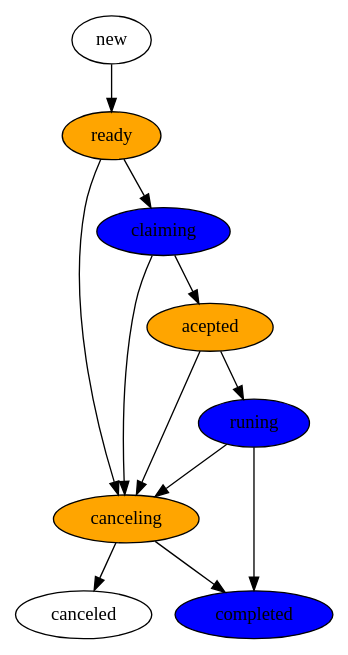
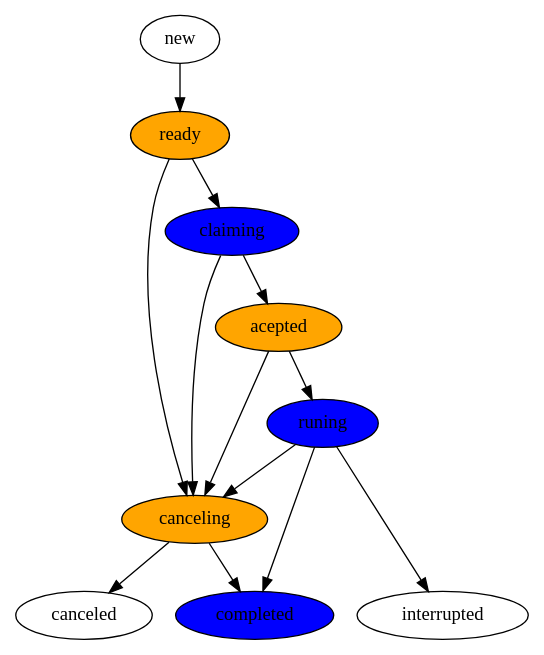
The diagram in imageinput/lebenszyklus-arbeitspaket.dot (RonnyPfannschmidt-Attic/thesis-writing), drawn with Graphviz before and after one commit.

Commit message:
intrupted state fuer arbeitspackete

```diff
--- a/imageinput/lebenszyklus-arbeitspaket.dot
+++ b/imageinput/lebenszyklus-arbeitspaket.dot
@@ -1,19 +1,26 @@
 digraph arbeitspacket {
     new -> ready;
     runing -> completed;
     ready-> canceling;
     claiming -> canceling; 
     acepted -> canceling;
     runing -> canceling;
+
+    subgraph final {
+        rank="same";
+        canceled;completed;interrupted;
+    }
+
     canceling -> canceled;
     canceling -> completed;
     ready -> claiming -> acepted -> runing;
+    runing -> interrupted;
 
 
     canceling [style=filled,fillcolor=orange];
     ready [style=filled,fillcolor=orange];
     claiming [style=filled,fillcolor=blue];
     acepted [style=filled,fillcolor=orange];
     runing [style=filled,fillcolor=blue];
     completed [style=filled,fillcolor=blue];
 }
```
